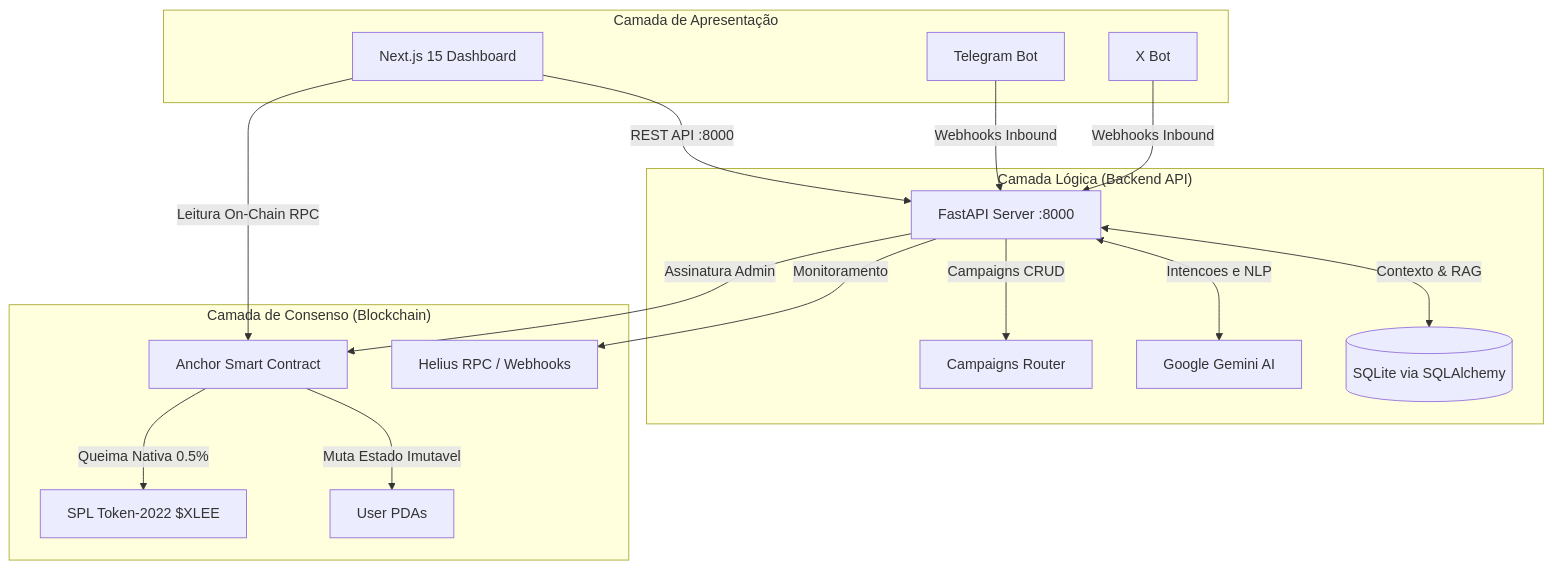
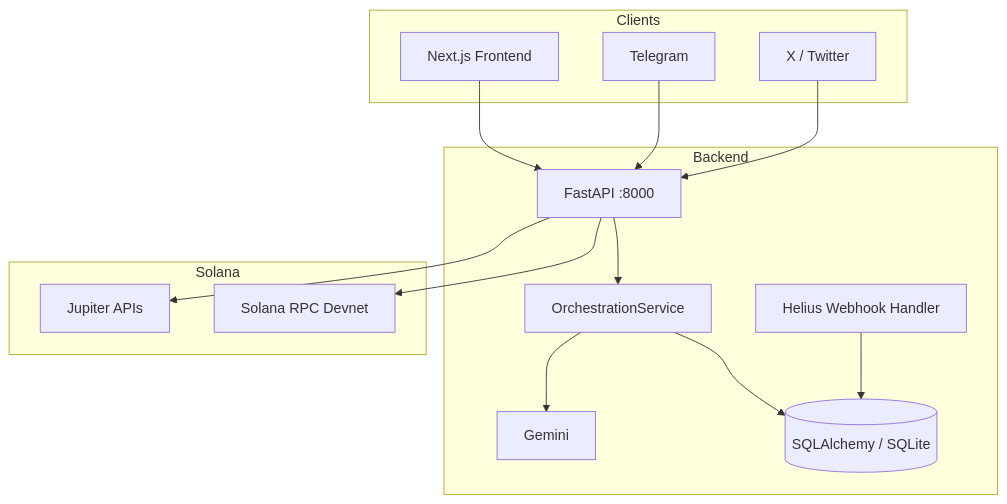
One commit to ParaDevs-Brasil/XiaoLee changed the diagram in README.md. Above: the diagram before and after it, drawn with Mermaid. The commit also changed other lines of this file and 81 other files, not shown here.

````diff
--- a/README.md
+++ b/README.md
@@ -29,37 +53,32 @@
 ```mermaid
 graph TB
-    subgraph "Camada de Apresentação"
-        UI[Next.js 15 Dashboard]
-        Telegram[Telegram Bot]
-        Twitter[X Bot]
+    subgraph "Clients"
+        FE[Next.js Frontend]
+        TG[Telegram]
+        XX[X / Twitter]
     end
 
-    subgraph "Camada Lógica (Backend API)"
-        FastAPI[FastAPI Server :8000]
-        Gemini[Google Gemini AI]
-        SQLite[(SQLite via SQLAlchemy)]
-        Campaigns[Campaigns Router]
+    subgraph "Backend"
+        API[FastAPI :8000]
+        ORCH[OrchestrationService]
+        GEM[Gemini]
+        DB[(SQLAlchemy / SQLite)]
+        HEL[Helius Webhook Handler]
     end
 
-    subgraph "Camada de Consenso (Blockchain)"
-        Helius[Helius RPC / Webhooks]
-        Anchor[Anchor Smart Contract]
-        PDA[User PDAs]
-        Token[SPL Token-2022 $XLEE]
+    subgraph "Solana"
+        JUP[Jupiter APIs]
+        RPC[Solana RPC Devnet]
     end
 
-    UI --> |REST API :8000| FastAPI
-    UI --> |Leitura On-Chain RPC| Anchor
-    Telegram --> |Webhooks Inbound| FastAPI
-    Twitter --> |Webhooks Inbound| FastAPI
+    FE --> API
+    TG --> API
+    XX --> API
 
-    FastAPI <--> |Contexto & RAG| SQLite
-    FastAPI <--> |Intencoes e NLP| Gemini
-    FastAPI --> |Campaigns CRUD| Campaigns
-
-    FastAPI --> |Monitoramento| Helius
-    FastAPI --> |Assinatura Admin| Anchor
-
-    Anchor --> |Muta Estado Imutavel| PDA
-    Anchor --> |Queima Nativa 0.5%| Token
+    API --> ORCH
+    ORCH --> GEM
+    ORCH --> DB
+    API --> JUP
+    API --> RPC
+    HEL --> DB
 ```
````
